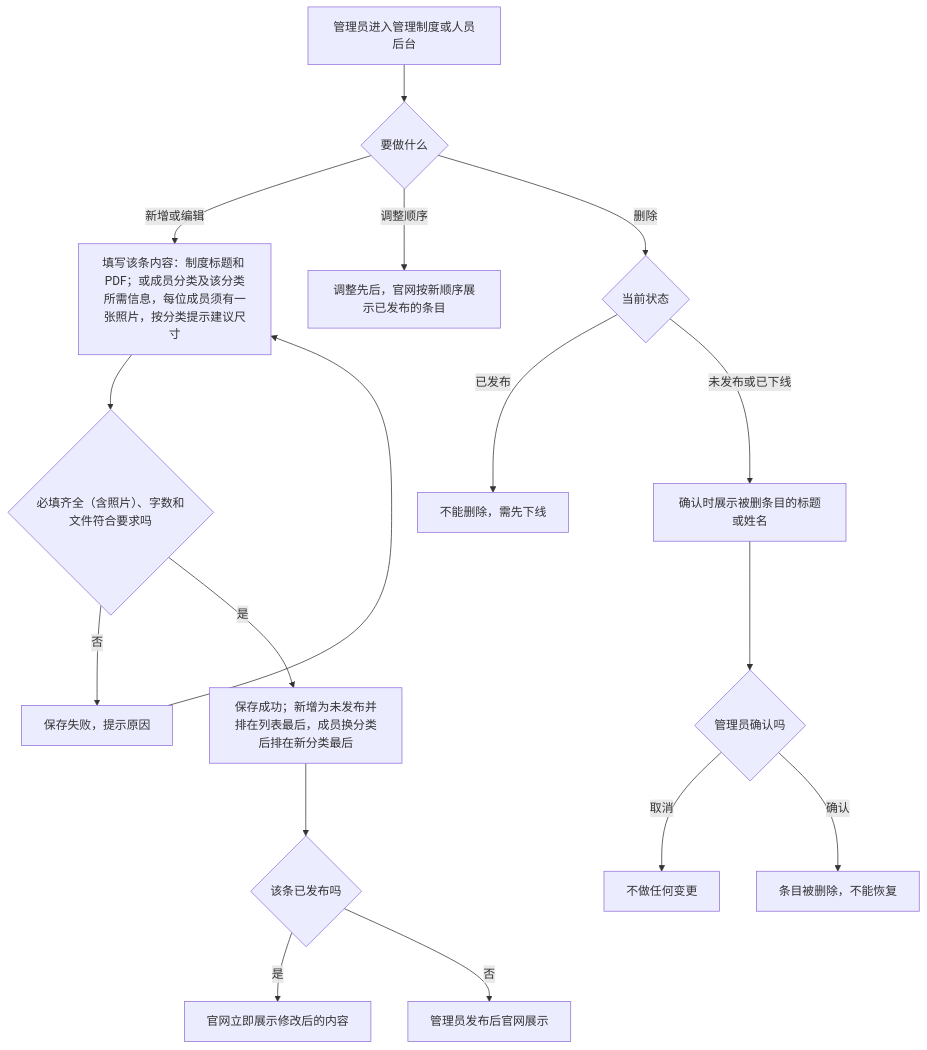
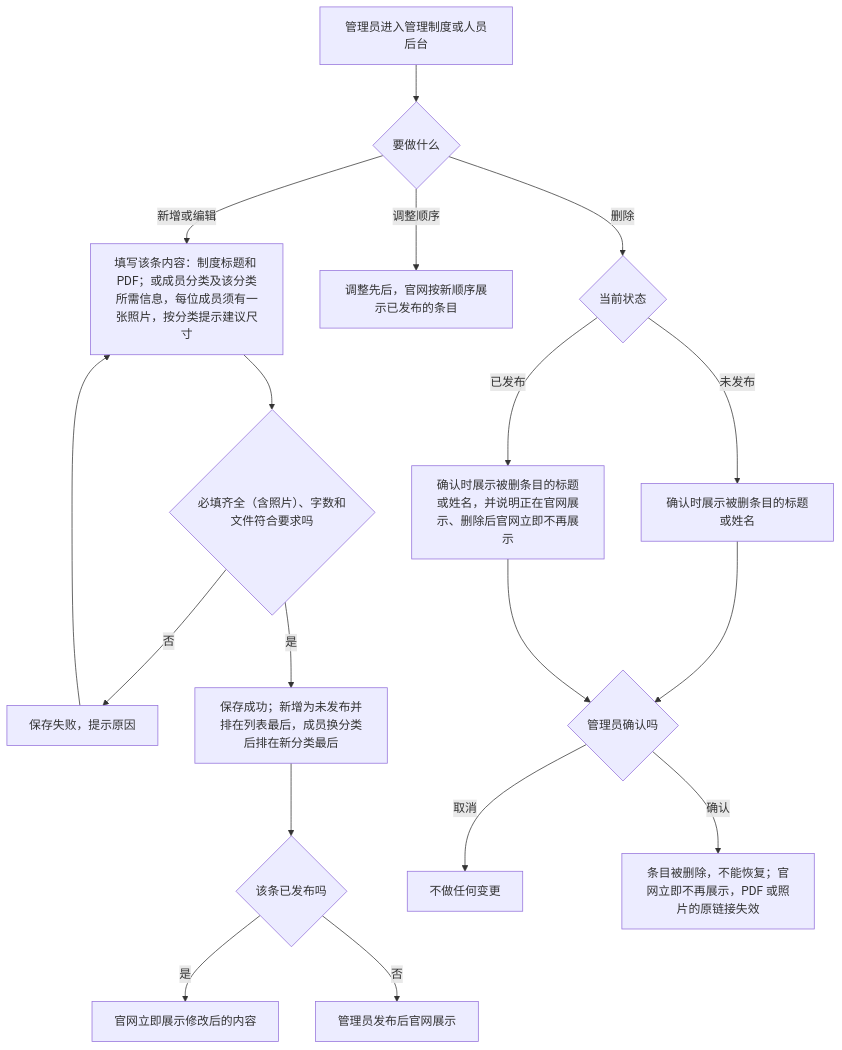
Before and after one commit to wxblockchain/luna: the third of 5 diagrams in prd/about-us/luna-about-us-prd-02-flows.md, drawn with Mermaid. The commit also changed other lines of this file and 2 other files, not shown here.

````diff
--- a/prd/about-us/luna-about-us-prd-02-flows.md
+++ b/prd/about-us/luna-about-us-prd-02-flows.md
@@ -66,19 +66,20 @@
 ```mermaid
 flowchart TD
     A[管理员进入管理制度或人员后台] --> B{要做什么}
     B -->|新增或编辑| C[填写该条内容：制度标题和 PDF；或成员分类及该分类所需信息，每位成员须有一张照片，按分类提示建议尺寸]
     C --> D{必填齐全（含照片）、字数和文件符合要求吗}
     D -->|否| E[保存失败，提示原因]
     E --> C
     D -->|是| F[保存成功；新增为未发布并排在列表最后，成员换分类后排在新分类最后]
     F --> G{该条已发布吗}
     G -->|是| H[官网立即展示修改后的内容]
     G -->|否| I[管理员发布后官网展示]
     B -->|调整顺序| J[调整先后，官网按新顺序展示已发布的条目]
     B -->|删除| K{当前状态}
-    K -->|已发布| L[不能删除，需先下线]
-    K -->|未发布或已下线| M[确认时展示被删条目的标题或姓名]
+    K -->|未发布| M[确认时展示被删条目的标题或姓名]
+    K -->|已发布| L[确认时展示被删条目的标题或姓名，并说明正在官网展示、删除后官网立即不再展示]
     M --> N{管理员确认吗}
+    L --> N
     N -->|取消| O[不做任何变更]
-    N -->|确认| P[条目被删除，不能恢复]
+    N -->|确认| P[条目被删除，不能恢复；官网立即不再展示，PDF 或照片的原链接失效]
 ```
````
